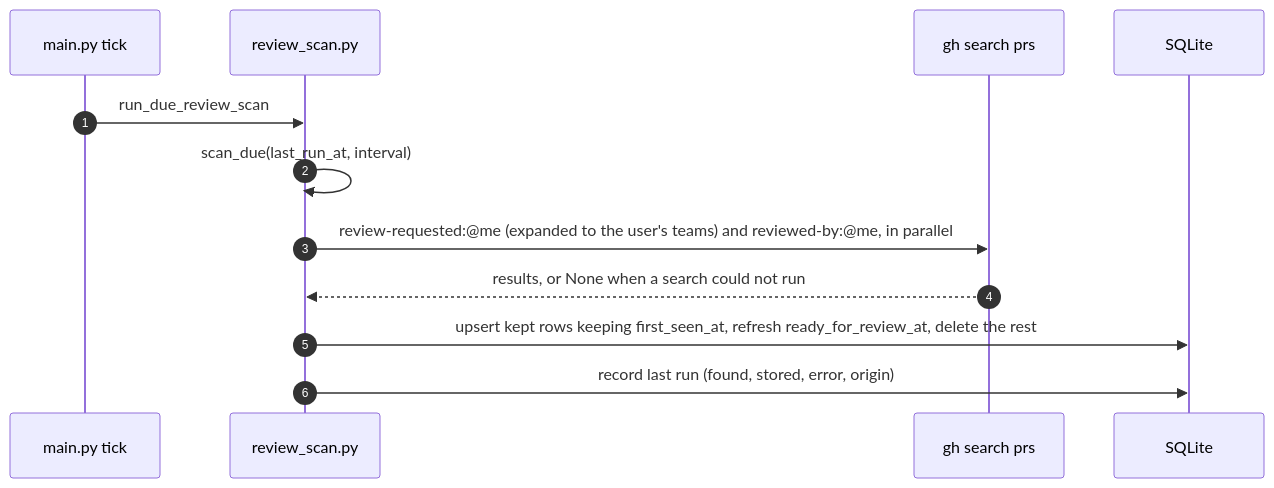
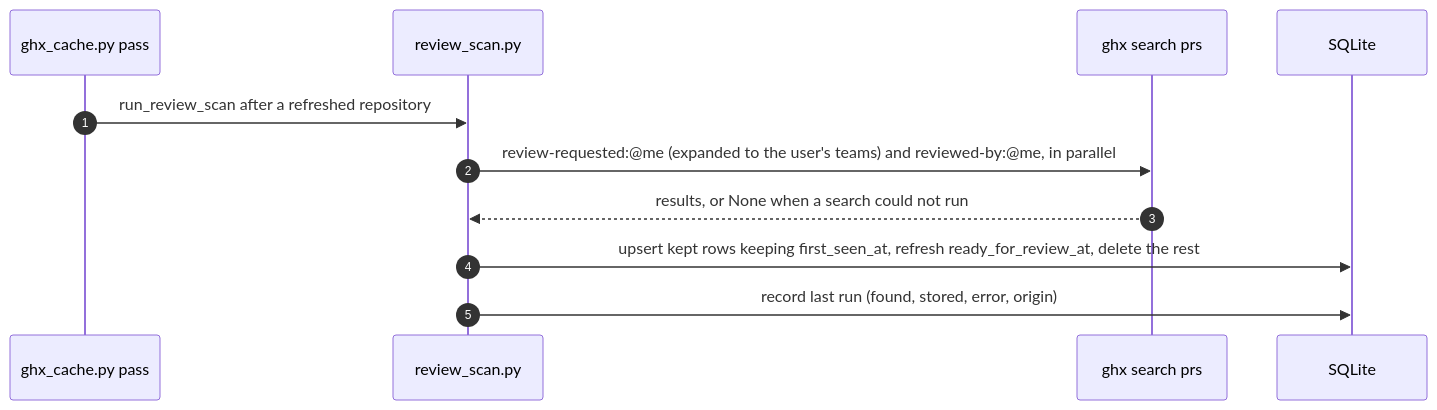
One commit to TomzxCode/agentic changed the second of 4 diagrams in .sdlc/features/p22-review-queue/specification.md. Above: the diagram before and after it, drawn with Mermaid. The commit also changed other lines of this file and 27 other files, not shown here.

First line of the commit message:
refactor(reviews): run the review scan after each ghx cache refresh

````diff
--- a/.sdlc/features/p22-review-queue/specification.md
+++ b/.sdlc/features/p22-review-queue/specification.md
@@ -154,14 +153,13 @@
 ```mermaid
 sequenceDiagram
     autonumber
-    participant T as main.py tick
+    participant C as ghx_cache.py pass
     participant S as review_scan.py
-    participant GH as gh search prs
+    participant GH as ghx search prs
     participant DB as SQLite
-    T->>S: run_due_review_scan
-    S->>S: scan_due(last_run_at, interval)
+    C->>S: run_review_scan after a refreshed repository
     S->>GH: review-requested:@me (expanded to the user's teams) and reviewed-by:@me, in parallel
     GH-->>S: results, or None when a search could not run
     S->>DB: upsert kept rows keeping first_seen_at, refresh ready_for_review_at, delete the rest
     S->>DB: record last run (found, stored, error, origin)
 ```
````
